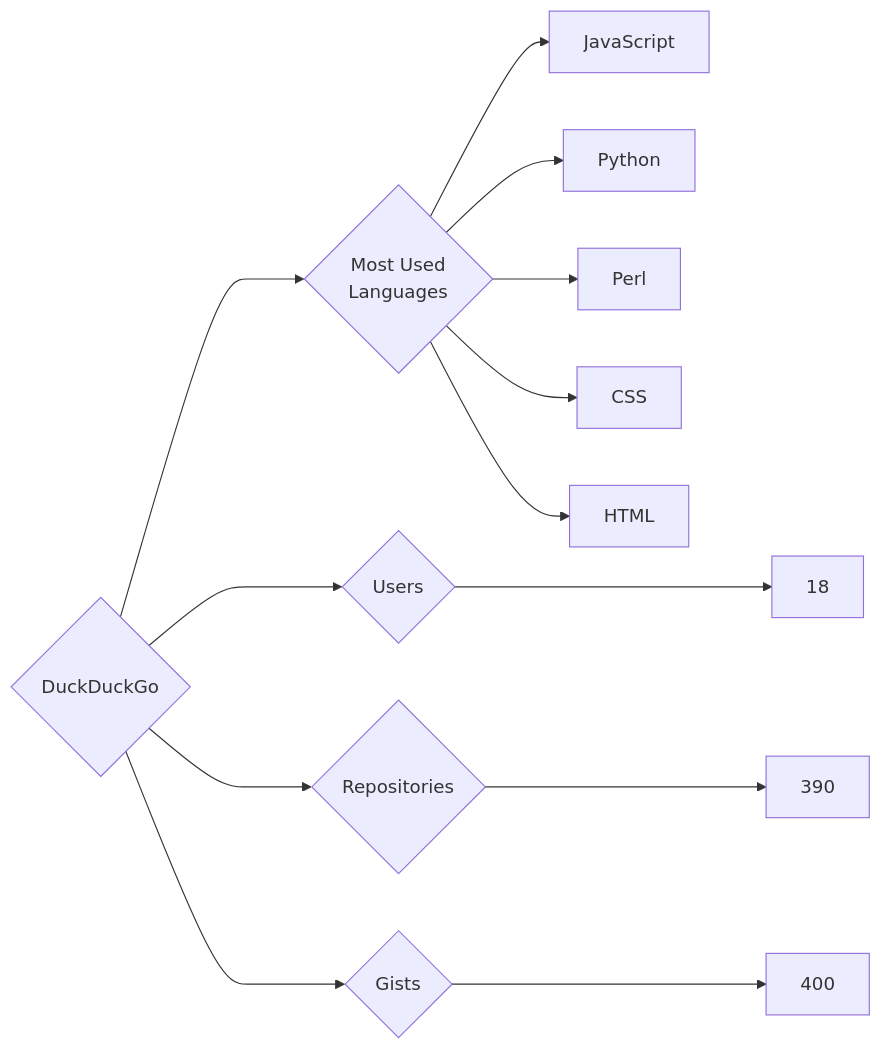
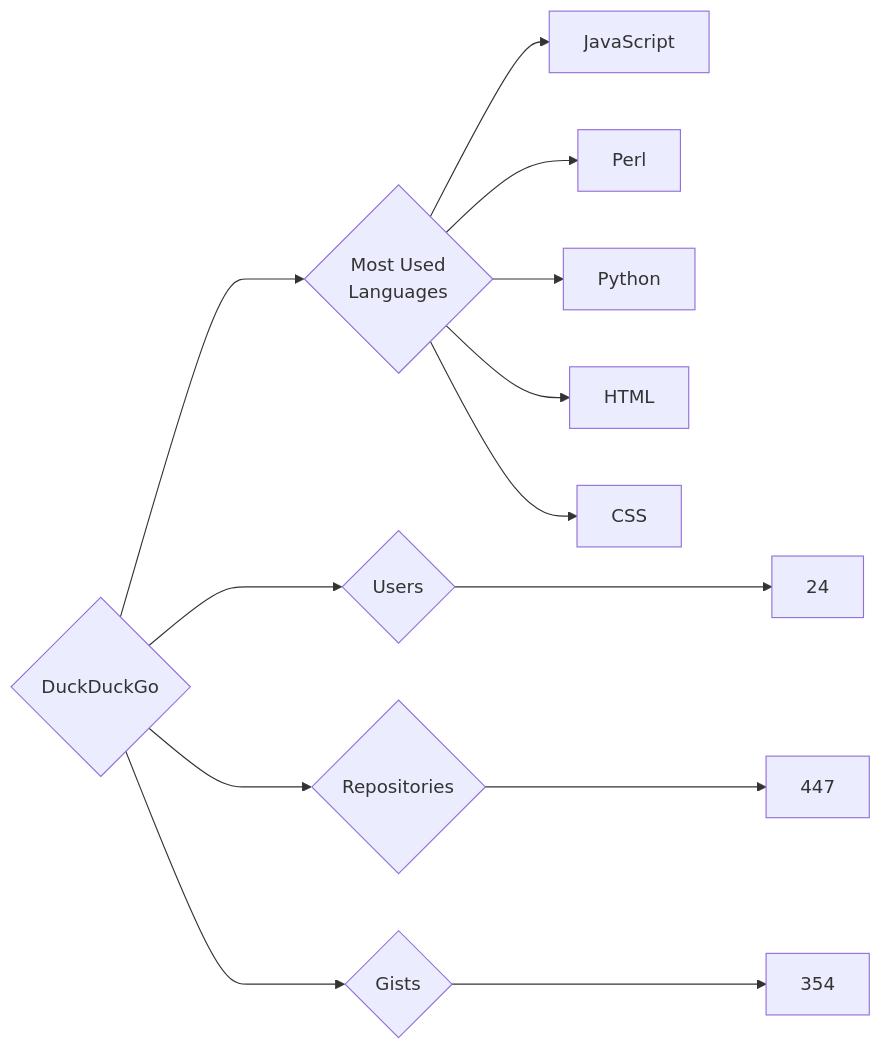
Before and after one commit to trickest/insiders: the diagram in targets/DuckDuckGo/README.md, drawn with Mermaid. The commit also changed 944 other files, not shown here.

````diff
--- a/targets/DuckDuckGo/README.md
+++ b/targets/DuckDuckGo/README.md
@@ -3,13 +3,13 @@
 ```mermaid
 graph LR
 COMPANY_NAME{DuckDuckGo}
-COMPANY_NAME ---> U{Users} ---> UN[18]
-COMPANY_NAME ---> R{Repositories} ---> RN[390]
-COMPANY_NAME ---> G{Gists} ---> GN[400]
+COMPANY_NAME ---> U{Users} ---> UN[24]
+COMPANY_NAME ---> R{Repositories} ---> RN[447]
+COMPANY_NAME ---> G{Gists} ---> GN[354]
 COMPANY_NAME ---> ML{Most Used<br>Languages}
 ML --> JavaScript[JavaScript]
+ML --> Perl[Perl]
 ML --> Python[Python]
-ML --> Perl[Perl]
+ML --> HTML[HTML]
 ML --> CSS[CSS]
-ML --> HTML[HTML]
 ```
````
